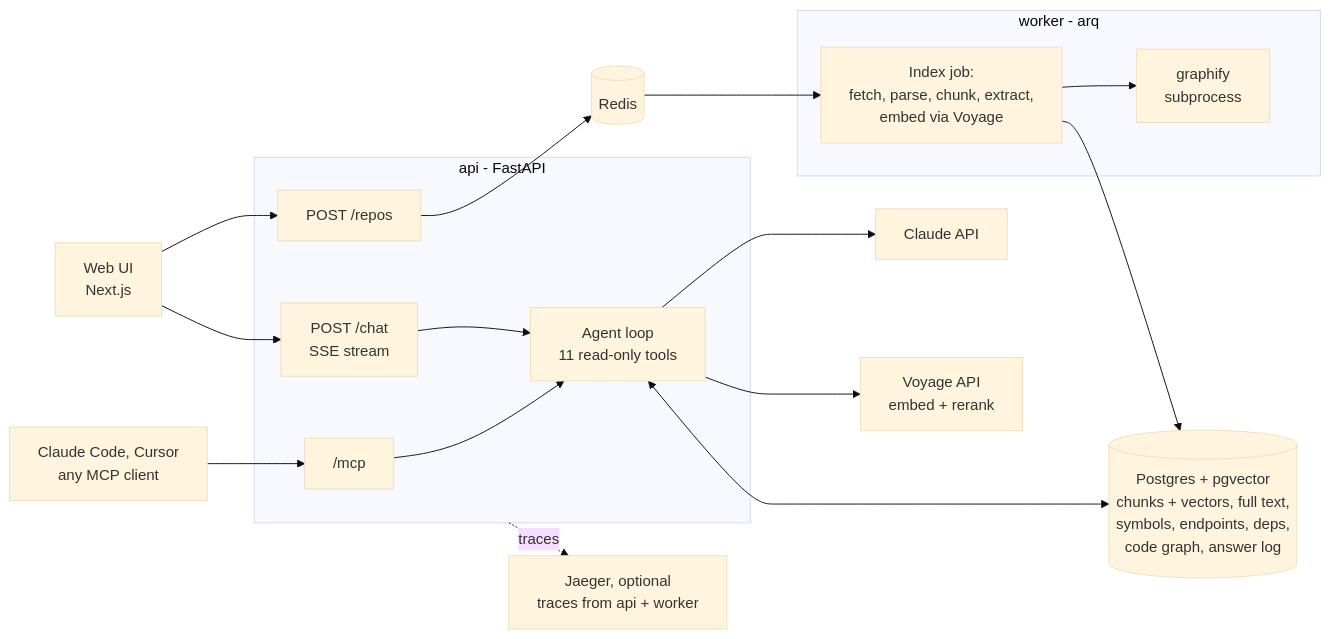
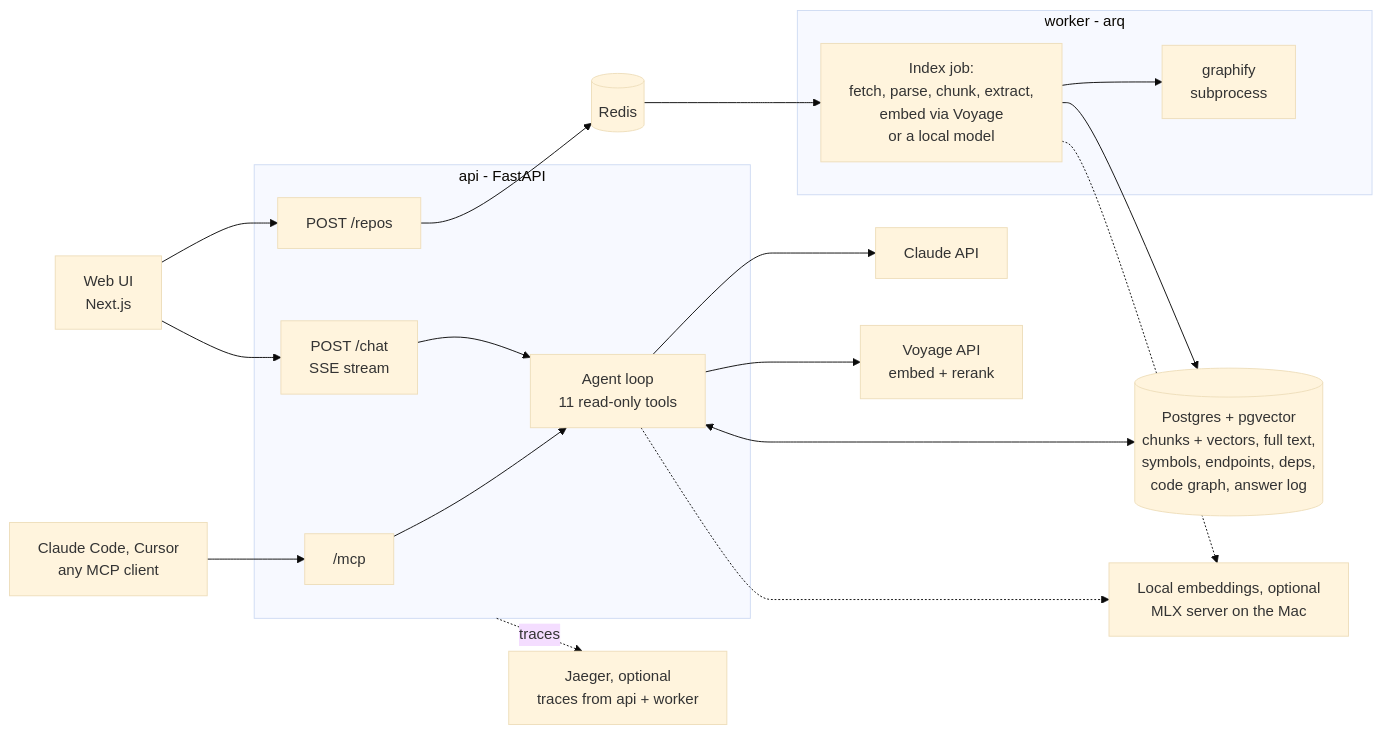
One commit to Nikhilprasad-r/code-doc changed the diagram in docs/architecture.md. Above: the diagram before and after it, drawn with Mermaid (base theme). The commit also changed 21 other files, not shown here.

First line of the commit message:
Implement local embeddings support and enhance documentation

````diff
--- a/docs/architecture.md
+++ b/docs/architecture.md
@@ -3,30 +3,33 @@
 ```mermaid
 flowchart LR
     UI[Web UI<br/>Next.js]
     MC[Claude Code, Cursor<br/>any MCP client]
     subgraph api [api - FastAPI]
         CH[POST /chat<br/>SSE stream]
         MS["/mcp"]
         AG[Agent loop<br/>11 read-only tools]
         RQ[POST /repos]
     end
     Q[(Redis)]
     subgraph worker [worker - arq]
-        IX[Index job:<br/>fetch, parse, chunk, extract,<br/>embed via Voyage]
+        IX[Index job:<br/>fetch, parse, chunk, extract,<br/>embed via Voyage<br/>or a local model]
         GF[graphify<br/>subprocess]
     end
     PG[(Postgres + pgvector<br/>chunks + vectors, full text,<br/>symbols, endpoints, deps,<br/>code graph, answer log)]
     CL[Claude API]
     VO[Voyage API<br/>embed + rerank]
+    LE[Local embeddings, optional<br/>MLX server on the Mac]
     J[Jaeger, optional<br/>traces from api + worker]
 
     UI --> CH --> AG
     MC --> MS --> AG
     UI --> RQ --> Q --> IX
     IX --> GF
     IX --> PG
     AG <--> PG
     AG --> CL
     AG --> VO
+    IX -.-> LE
+    AG -.-> LE
     api -. traces .-> J
 ```
````
